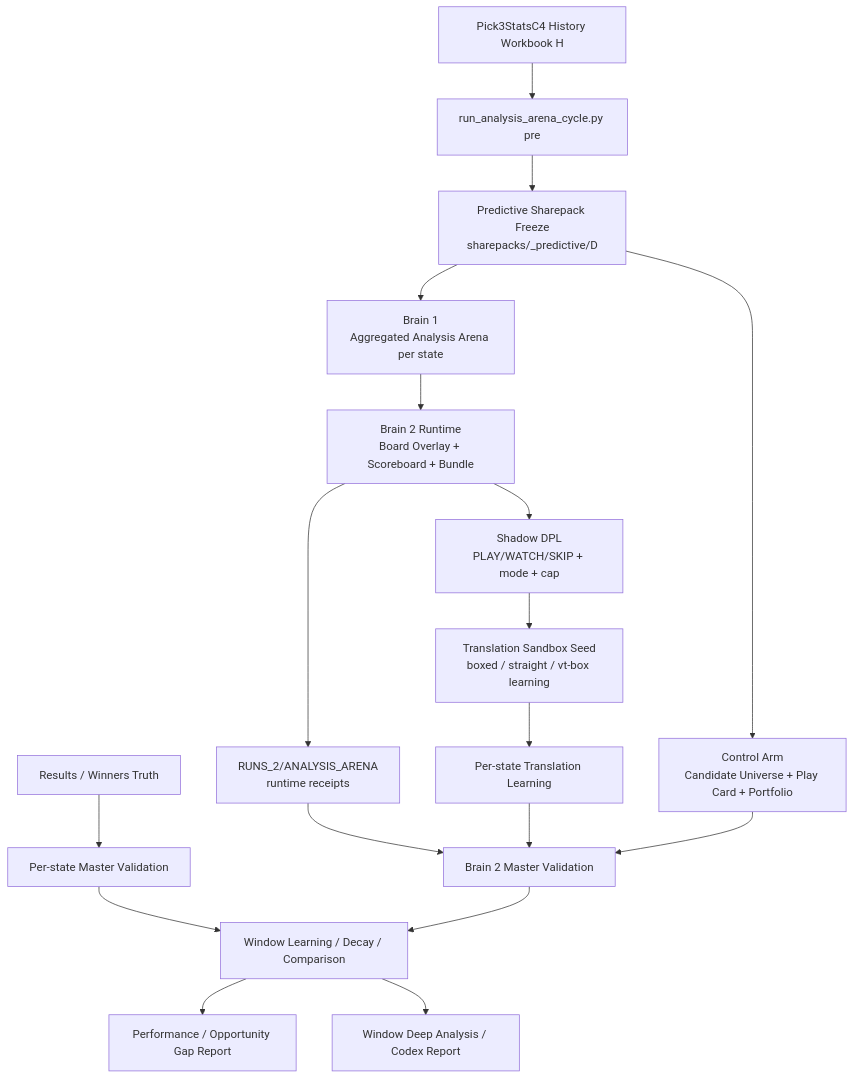
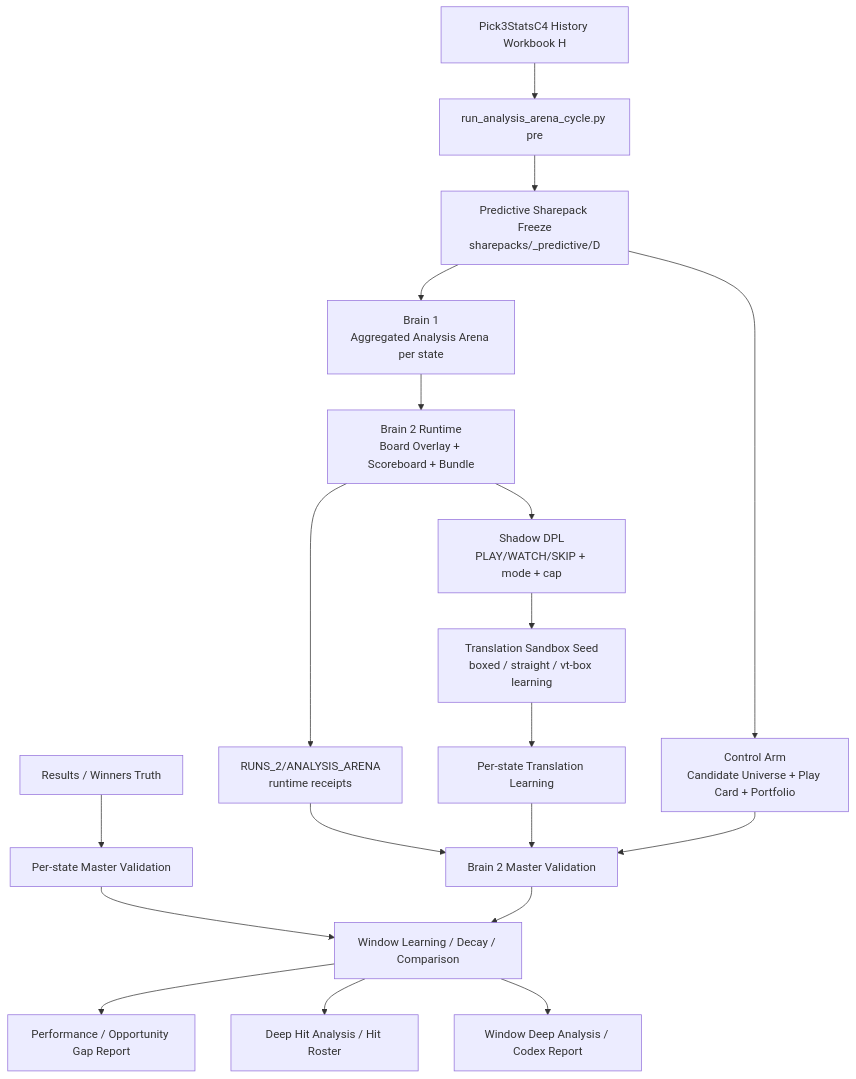
One commit to shonawensley/Alpha-Analytical-Tool-Clone changed the diagram in docs/AAT9_KIT/FINAL VALIDATION/final docs/AAT9_ANALYSIS_ARENA_OPERATING_FLOW__FRESH_RUNS.md. Above: the diagram before and after it, drawn with Mermaid. The commit also changed other lines of this file and 5 other files, not shown here.

Commit message:
Arena: wire window-close hit analysis into cadence

````diff
--- a/docs/AAT9_KIT/FINAL VALIDATION/final docs/AAT9_ANALYSIS_ARENA_OPERATING_FLOW__FRESH_RUNS.md
+++ b/docs/AAT9_KIT/FINAL VALIDATION/final docs/AAT9_ANALYSIS_ARENA_OPERATING_FLOW__FRESH_RUNS.md
@@ -38,20 +38,21 @@
 ```mermaid
 flowchart TD
     A[Pick3StatsC4 History Workbook H] --> B[run_analysis_arena_cycle.py pre]
     B --> C[Predictive Sharepack Freeze<br/>sharepacks/_predictive/D]
     C --> D[Brain 1<br/>Aggregated Analysis Arena per state]
     D --> E[Brain 2 Runtime<br/>Board Overlay + Scoreboard + Bundle]
     E --> F[Shadow DPL<br/>PLAY/WATCH/SKIP + mode + cap]
     F --> G[Translation Sandbox Seed<br/>boxed / straight / vt-box learning]
     C --> H[Control Arm<br/>Candidate Universe + Play Card + Portfolio]
     E --> I[RUNS_2/ANALYSIS_ARENA<br/>runtime receipts]
     G --> J[Per-state Translation Learning]
     K[Results / Winners Truth] --> L[Per-state Master Validation]
     I --> M[Brain 2 Master Validation]
     J --> M
     H --> M
     L --> N[Window Learning / Decay / Comparison]
     M --> N
     N --> O[Performance / Opportunity Gap Report]
-    N --> P[Window Deep Analysis / Codex Report]
+    N --> P[Deep Hit Analysis / Hit Roster]
+    N --> Q[Window Deep Analysis / Codex Report]
 ```
````
